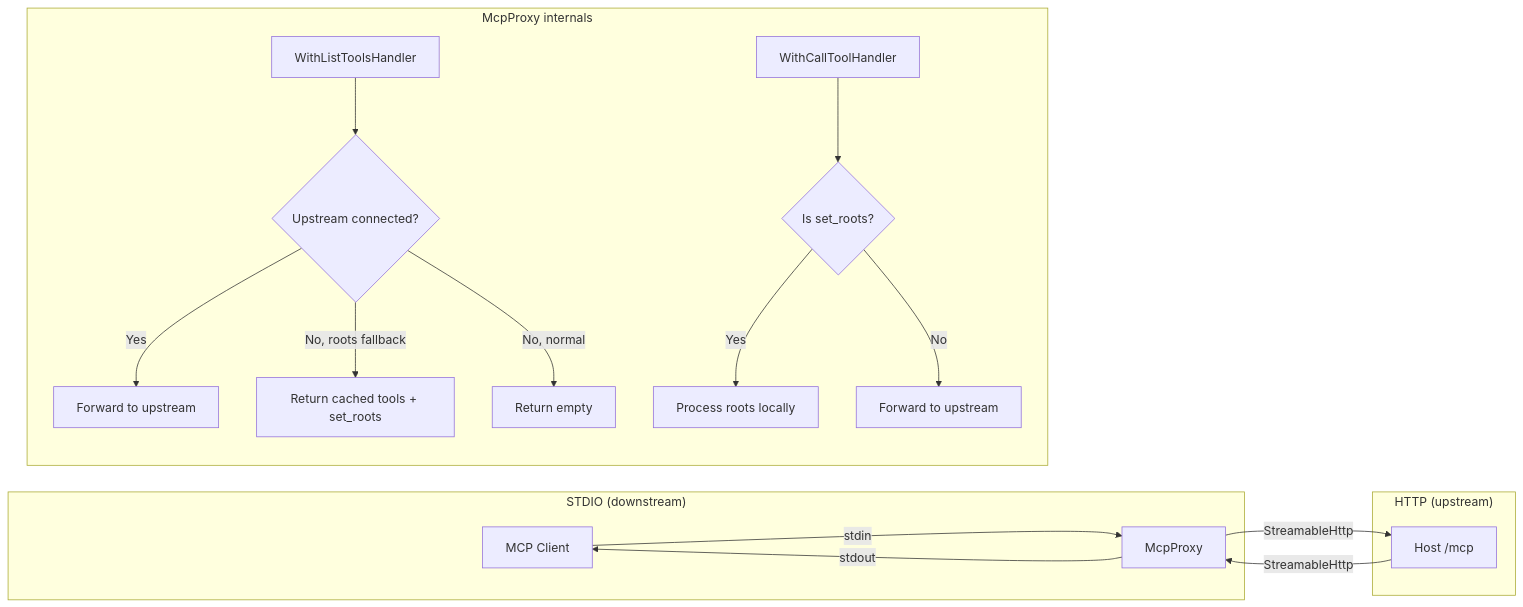
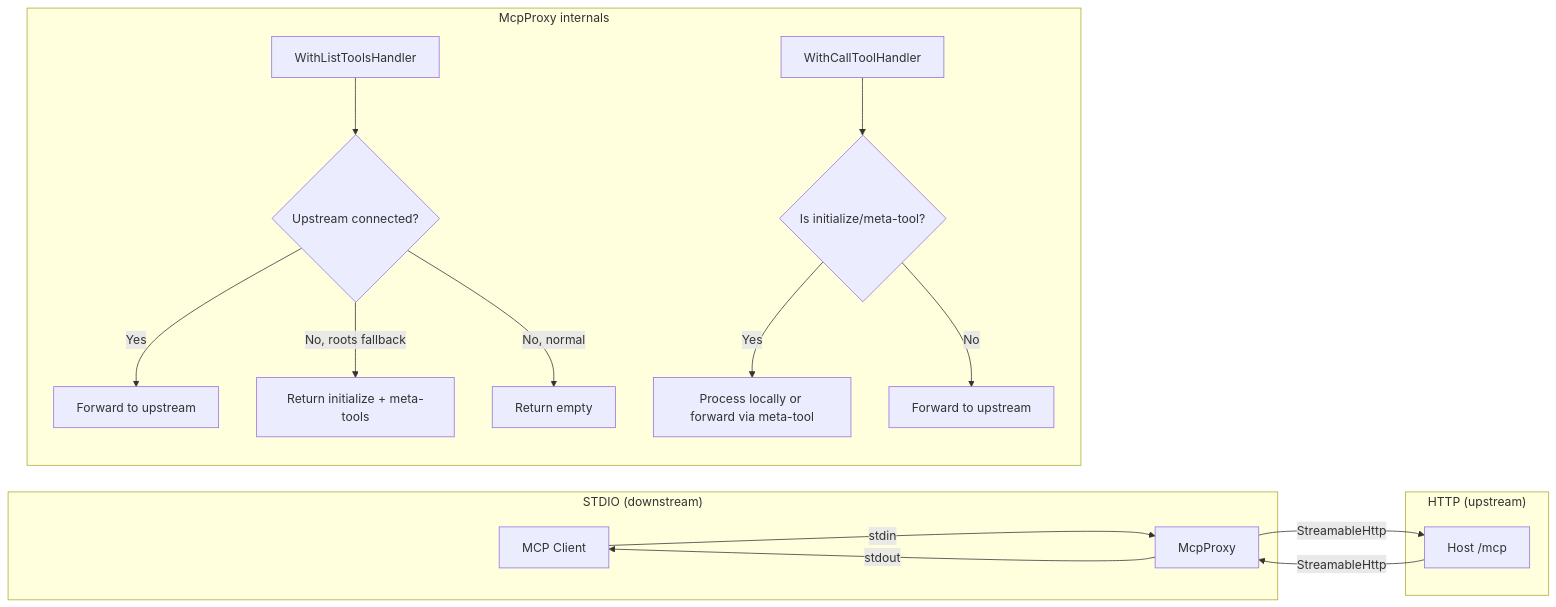
Before and after one commit to unoplatform/uno: the sixth of 12 diagrams in specs/001-fast-devserver-startup/spec-appendix-a-startup-workflow.md, drawn with Mermaid. The commit also changed other lines of this file and 13 other files, not shown here.

First line of the commit message:
feat(devserver): add meta-tools for MCP clients without tools/list_changed

````diff
--- a/specs/001-fast-devserver-startup/spec-appendix-a-startup-workflow.md
+++ b/specs/001-fast-devserver-startup/spec-appendix-a-startup-workflow.md
@@ -303,23 +303,23 @@
 ```mermaid
 flowchart LR
     subgraph "STDIO (downstream)"
         A[MCP Client] -->|stdin| B[McpProxy]
         B -->|stdout| A
     end
 
     subgraph "HTTP (upstream)"
         B -->|StreamableHttp| C[Host /mcp]
         C -->|StreamableHttp| B
     end
 
     subgraph "McpProxy internals"
         D[WithListToolsHandler] --> E{Upstream connected?}
         E -->|Yes| F[Forward to upstream]
-        E -->|No, roots fallback| G[Return cached tools + set_roots]
+        E -->|No, roots fallback| G[Return initialize + meta-tools]
         E -->|No, normal| H[Return empty]
 
-        I[WithCallToolHandler] --> J{Is set_roots?}
-        J -->|Yes| K[Process roots locally]
+        I[WithCallToolHandler] --> J{Is initialize/meta-tool?}
+        J -->|Yes| K[Process locally or forward via meta-tool]
         J -->|No| L[Forward to upstream]
     end
 ```
````
